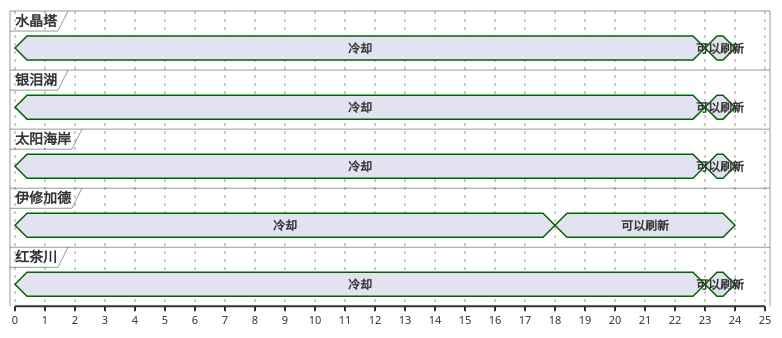
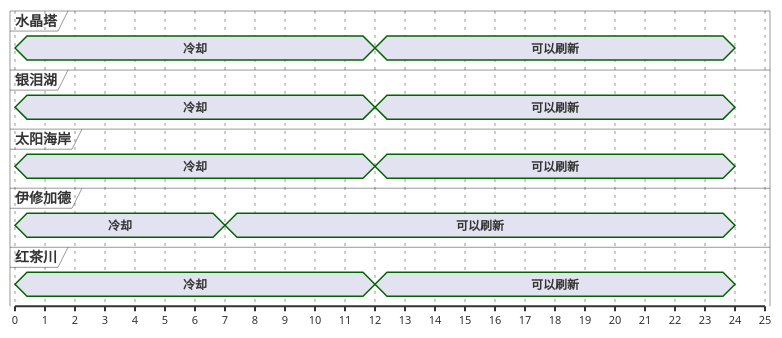
The fourth of 13 diagrams in ffxiv/hunt/2.0/Safat.md (Eroleice/doc-pi), drawn with PlantUML before and after one commit. The commit also changed other lines of this file and 38 other files, not shown here.

````diff
--- a/ffxiv/hunt/2.0/Safat.md
+++ b/ffxiv/hunt/2.0/Safat.md
@@ -199,37 +201,37 @@
 ```plantuml
 @startuml
 scale 1 as 30 pixels
 
 concise 水晶塔
 concise 银泪湖
 concise 太阳海岸
 concise 伊修加德
 concise 红茶川
 
 @太阳海岸
 0 is 冷却
-23 is 可以刷新
+12 is 可以刷新
 24 is {hidden}
 
 @银泪湖
 0 is 冷却
-23 is 可以刷新
+12 is 可以刷新
 24 is {hidden}
 
 @红茶川
 0 is 冷却
-23 is 可以刷新
+12 is 可以刷新
 24 is {hidden}
 
 @水晶塔
 0 is 冷却
-23 is 可以刷新
+12 is 可以刷新
 24 is {hidden}
 
 @伊修加德
 0 is 冷却
-18 is 可以刷新
+7 is 可以刷新
 24 is {hidden}
 
 @enduml
 ```
````
